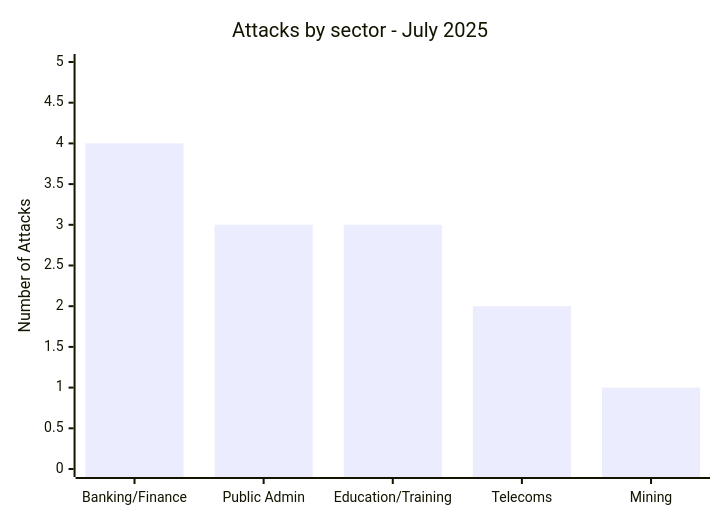
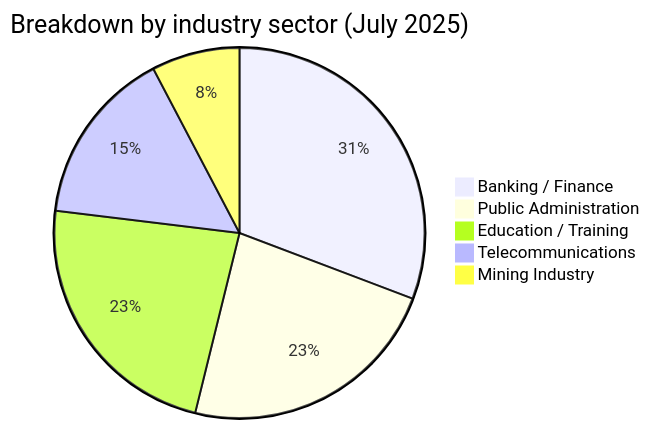
The second of 5 diagrams in reports/2025/07-july/README.md (Hatchepsoute/AFRINTEL), drawn with Mermaid before and after one commit. The commit also changed other lines of this file and 1 other file, not shown here.

````diff
--- a/reports/2025/07-july/README.md
+++ b/reports/2025/07-july/README.md
@@ -58,7 +58,8 @@
 ```mermaid
-xychart-beta
-    title "Attacks by sector - July 2025"
-    x-axis ["Banking/Finance", "Public Admin", "Education/Training", "Telecoms", "Mining"]
-    y-axis "Number of Attacks" 0 --> 5
-    bar [4, 3, 3, 2, 1]
+pie title Breakdown by industry sector (July 2025)
+    "Banking / Finance" : 4
+    "Public Administration" : 3
+    "Education / Training" : 3
+    "Telecommunications" : 2
+    "Mining Industry" : 1
 ```
````
